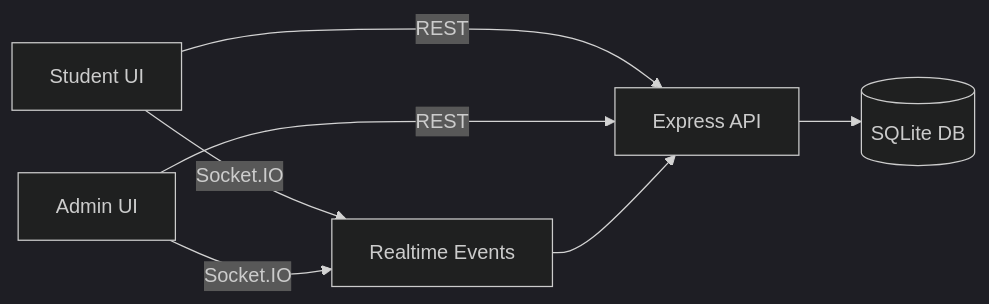
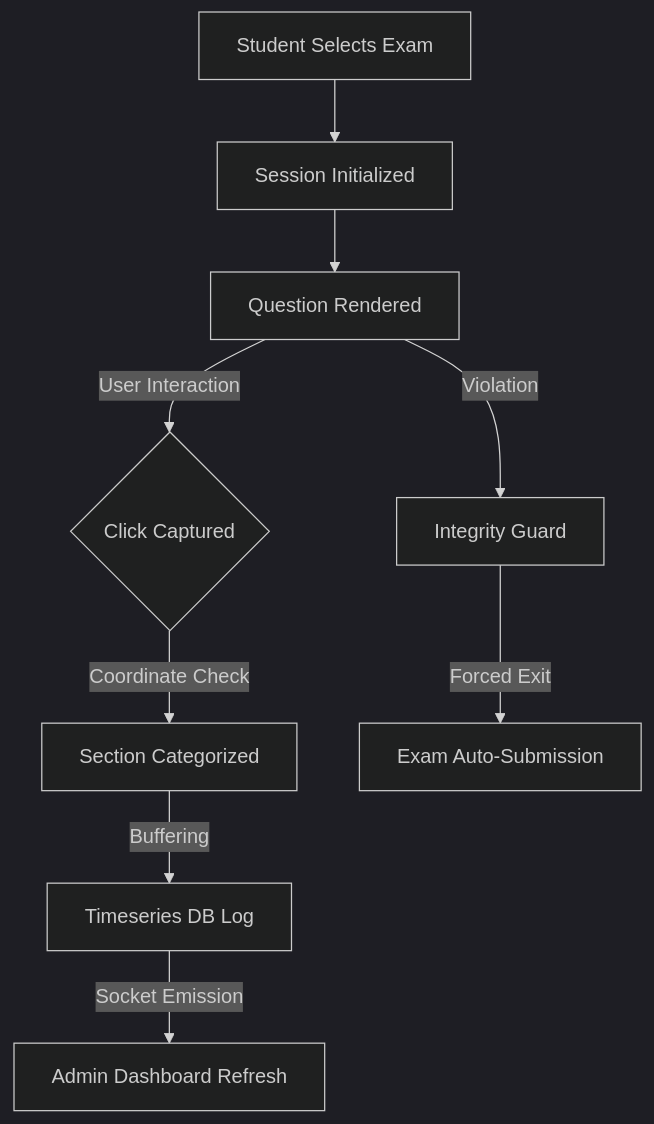
One commit to AR128/CognitoMark changed the diagram in README.md. Above: the diagram before and after it, drawn with Mermaid (dark theme). The commit also changed other lines of this file and 1240 other files, not shown here.

````diff
--- a/README.md
+++ b/README.md
@@ -35,9 +92,11 @@
 ```mermaid
-flowchart LR
-  A[Student UI] -->|REST| B[Express API]
-  C[Admin UI] -->|REST| B
-  A -->|Socket.IO| D[Realtime Events]
-  C -->|Socket.IO| D
-  B --> E[(SQLite DB)]
-  D --> B
+graph TD
+    A[Student Selects Exam] --> B[Session Initialized]
+    B --> C[Question Rendered]
+    C -->|User Interaction| D{Click Captured}
+    D -->|Coordinate Check| E[Section Categorized]
+    E -->|Buffering| F[Timeseries DB Log]
+    F -->|Socket Emission| G[Admin Dashboard Refresh]
+    C -->|Violation| H[Integrity Guard]
+    H -->|Forced Exit| I[Exam Auto-Submission]
 ```
````
